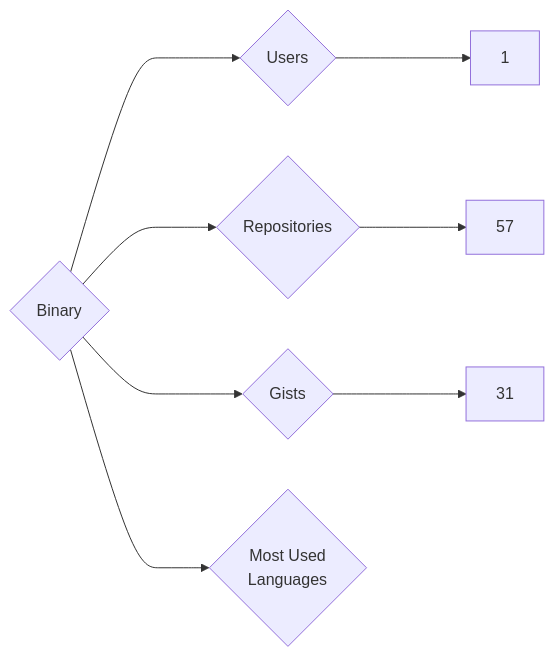
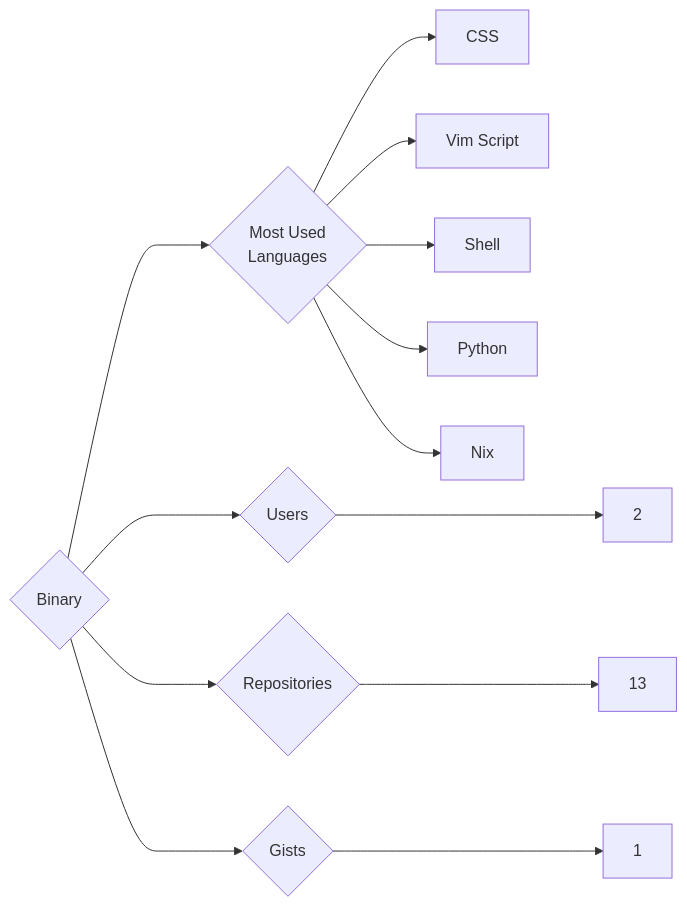
Before and after one commit to trickest/insiders: the diagram in targets/Binary/README.md, drawn with Mermaid. The commit also changed 636 other files, not shown here.

````diff
--- a/targets/Binary/README.md
+++ b/targets/Binary/README.md
@@ -3,8 +3,13 @@
 ```mermaid
 graph LR
 COMPANY_NAME{Binary}
-COMPANY_NAME ---> U{Users} ---> UN[1]
-COMPANY_NAME ---> R{Repositories} ---> RN[57]
-COMPANY_NAME ---> G{Gists} ---> GN[31]
+COMPANY_NAME ---> U{Users} ---> UN[2]
+COMPANY_NAME ---> R{Repositories} ---> RN[13]
+COMPANY_NAME ---> G{Gists} ---> GN[1]
 COMPANY_NAME ---> ML{Most Used<br>Languages}
+ML --> CSS[CSS]
+ML --> Vim_Script[Vim Script]
+ML --> Shell[Shell]
+ML --> Python[Python]
+ML --> Nix[Nix]
 ```
````
